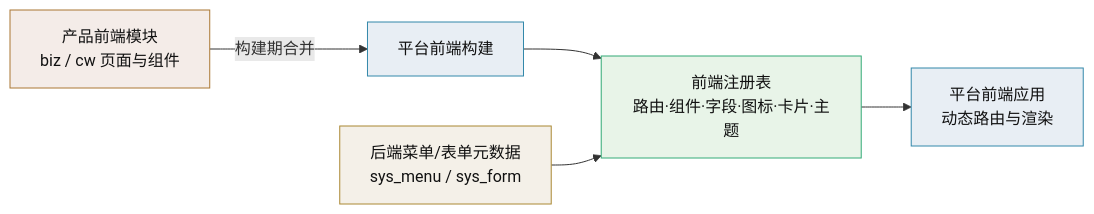
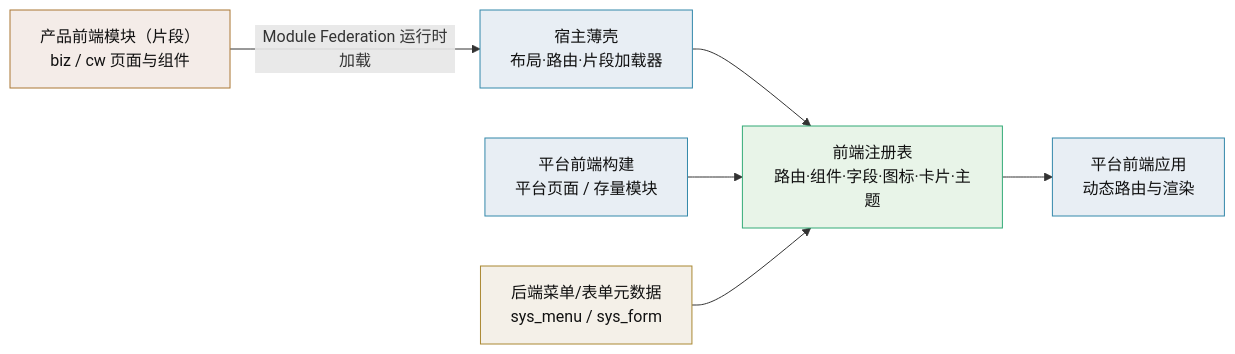
One commit to minjian123/basic-management-system changed the fourth of 4 diagrams in bms文档/设计/架构设计/10_架构设计_子系统_扩展点与插件化.md. Above: the diagram before and after it, drawn with Mermaid. The commit also changed other lines of this file and 17 other files, not shown here.

Commit message:
docs(架构): 微前端改为引入（Module Federation 分步落地），架构设计全量同步并补 Outbox/体积预算/独立服务骨架/阶段映射

````diff
--- a/bms文档/设计/架构设计/10_架构设计_子系统_扩展点与插件化.md
+++ b/bms文档/设计/架构设计/10_架构设计_子系统_扩展点与插件化.md
@@ -137,12 +137,13 @@
 ```mermaid
 flowchart LR
-    MOD["产品前端模块<br/>biz / cw 页面与组件"]:::m -->|构建期合并| BUILD["平台前端构建"]:::b
-    BUILD --> REG["前端注册表<br/>路由·组件·字段·图标·卡片·主题"]:::r
+    MOD["产品前端模块（片段）<br/>biz / cw 页面与组件"]:::m -->|"Module Federation 运行时加载"| SHELL["宿主薄壳<br/>布局·路由·片段加载器"]:::b
+    SHELL --> REG["前端注册表<br/>路由·组件·字段·图标·卡片·主题"]:::r
+    BUILD["平台前端构建<br/>平台页面 / 存量模块"]:::b --> REG
     MENU["后端菜单/表单元数据<br/>sys_menu / sys_form"]:::s --> REG
     REG --> APP["平台前端应用<br/>动态路由与渲染"]:::a
     classDef m fill:#f4ece8,stroke:#a73,color:#111
     classDef b fill:#e8eef4,stroke:#38a,color:#111
     classDef r fill:#e8f4e8,stroke:#3a7,color:#111
     classDef s fill:#f4f0e8,stroke:#a83,color:#111
     classDef a fill:#e8eef4,stroke:#38a,color:#111
 ```
````
